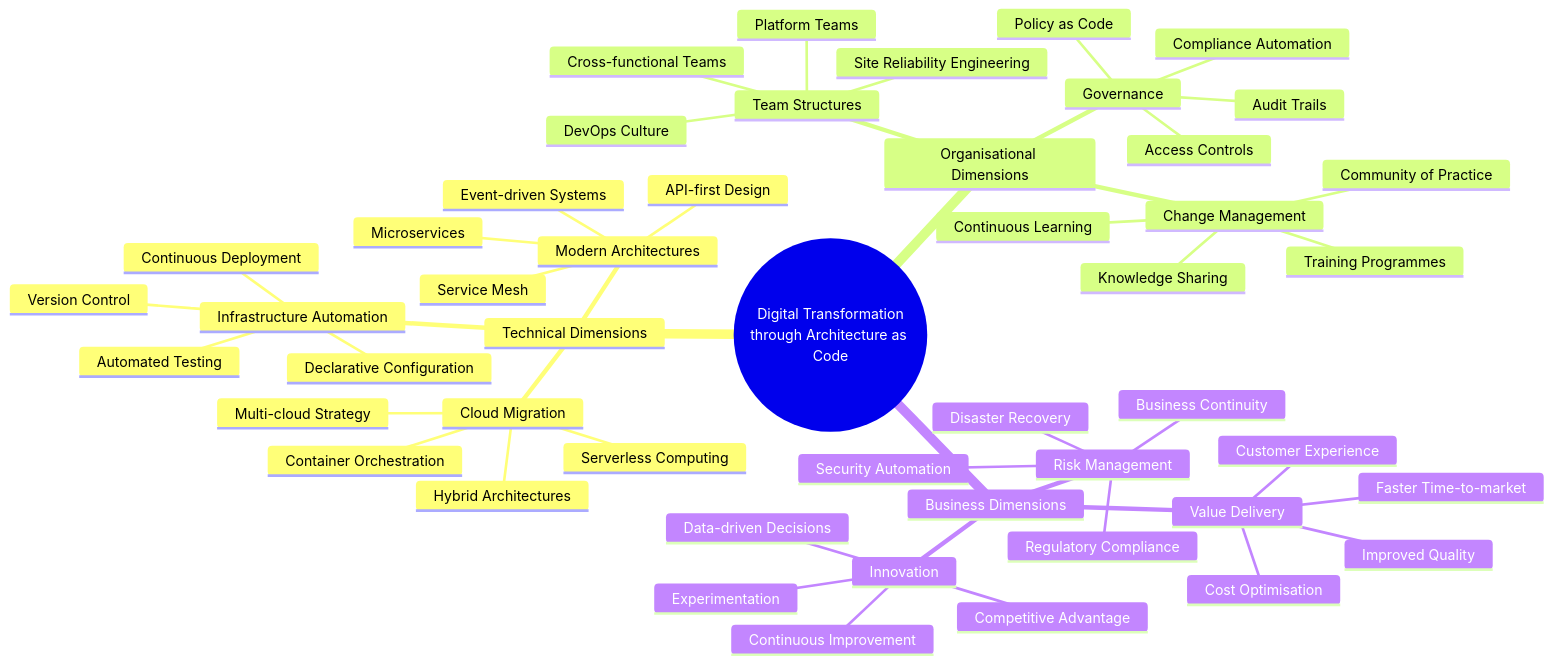
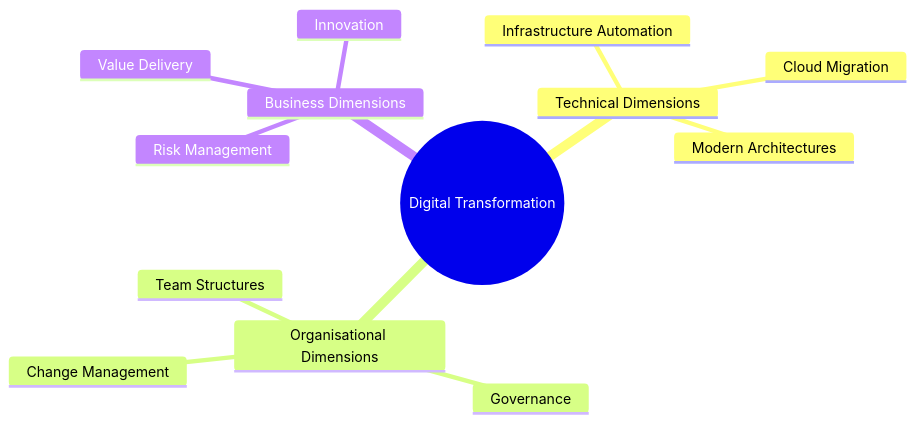
One commit to Geonitab/architecture_as_code changed the diagram in docs/images/mindmap_21_digitalisation.mmd. Above: the diagram before and after it, drawn with Mermaid. The commit also changed 15 other files, not shown here.

First line of the commit message:
Enhance Gantt chart styling with Kvadrat brand consistency (#1506)

```diff
--- a/docs/images/mindmap_21_digitalisation.mmd
+++ b/docs/images/mindmap_21_digitalisation.mmd
@@ -1,50 +1,14 @@
 mindmap
-  root((Digital Transformation<br/>through Architecture as Code))
+  root((Digital Transformation))
     Technical Dimensions
       Cloud Migration
-        Multi-cloud Strategy
-        Hybrid Architectures
-        Serverless Computing
-        Container Orchestration
       Infrastructure Automation
-        Declarative Configuration
-        Version Control
-        Automated Testing
-        Continuous Deployment
       Modern Architectures
-        Microservices
-        API-first Design
-        Event-driven Systems
-        Service Mesh
     Organisational Dimensions
       Team Structures
-        Cross-functional Teams
-        DevOps Culture
-        Site Reliability Engineering
-        Platform Teams
       Governance
-        Policy as Code
-        Compliance Automation
-        Audit Trails
-        Access Controls
       Change Management
-        Training Programmes
-        Knowledge Sharing
-        Community of Practice
-        Continuous Learning
     Business Dimensions
       Value Delivery
-        Faster Time-to-market
-        Improved Quality
-        Cost Optimisation
-        Customer Experience
       Risk Management
-        Security Automation
-        Disaster Recovery
-        Business Continuity
-        Regulatory Compliance
       Innovation
-        Experimentation
-        Data-driven Decisions
-        Continuous Improvement
-        Competitive Advantage
```
